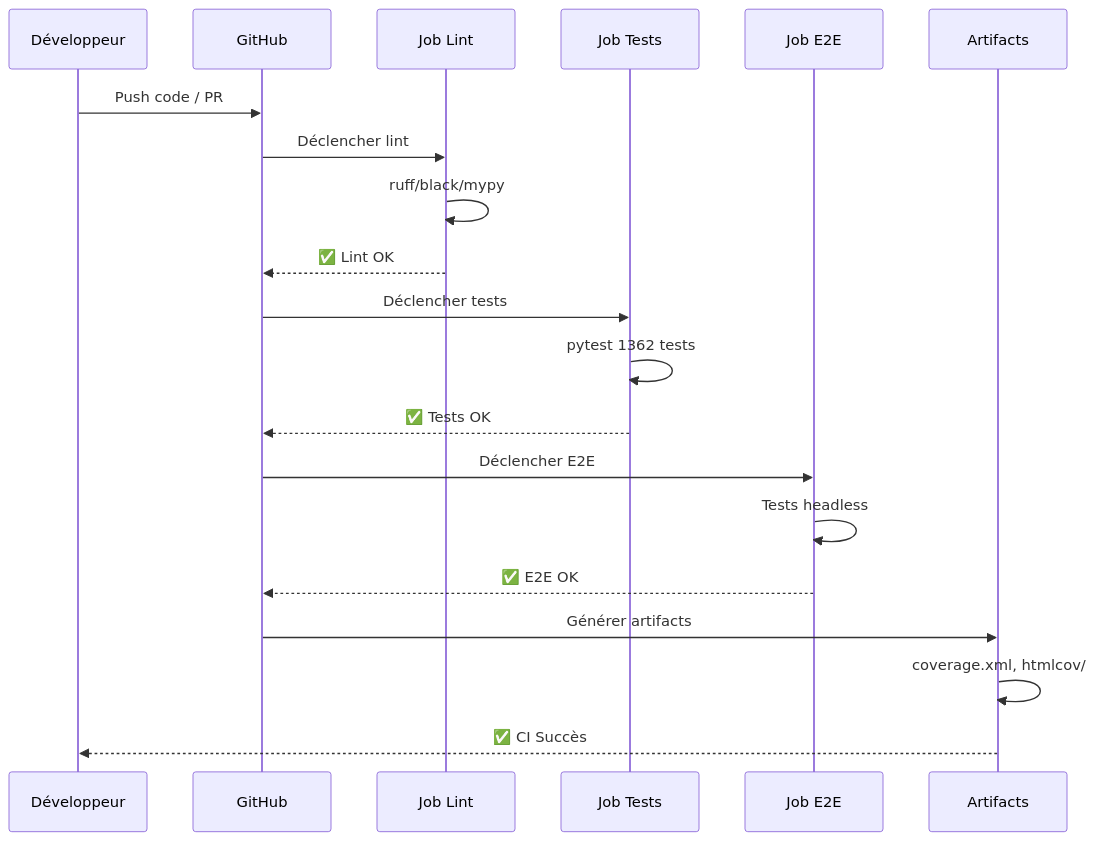
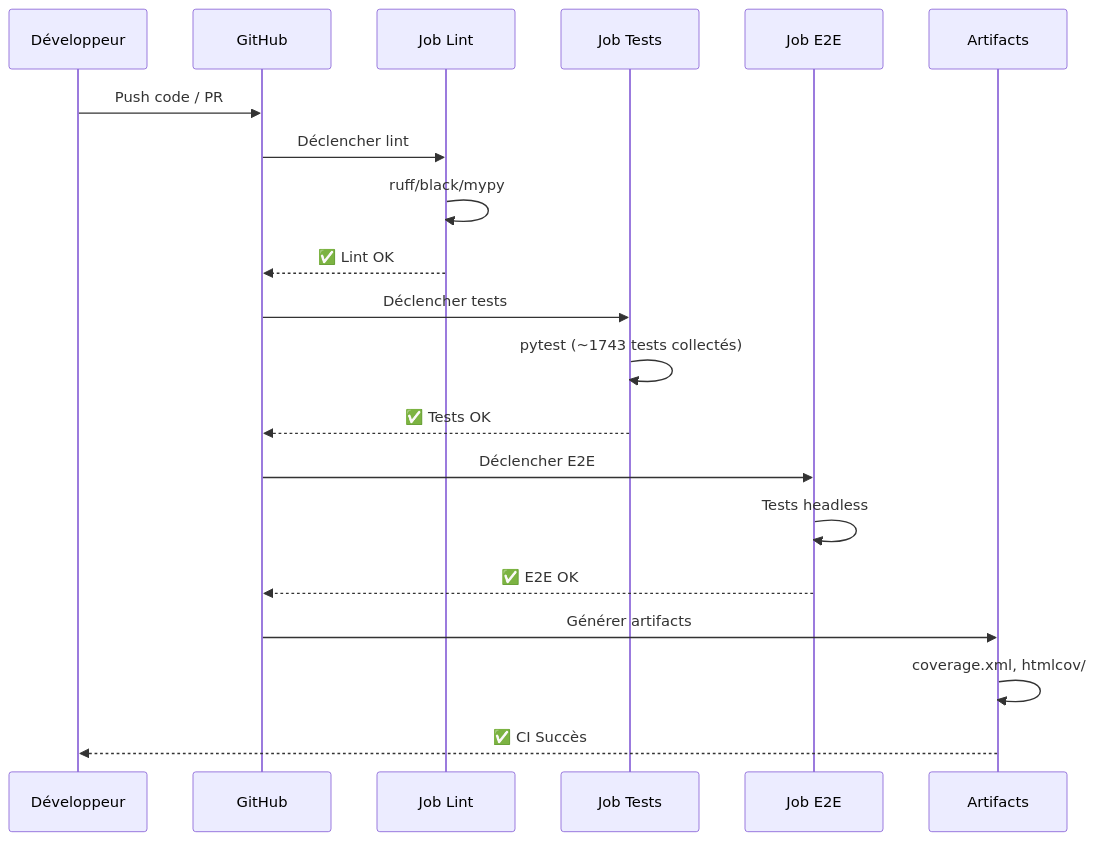
The second of 2 diagrams in docs/deployment/PIPELINE_CI.md (arkalia-luna-system/bbia-sim), drawn with Mermaid before and after one commit. The commit also changed other lines of this file and 1 other file, not shown here.

````diff
--- a/docs/deployment/PIPELINE_CI.md
+++ b/docs/deployment/PIPELINE_CI.md
@@ -49,27 +49,27 @@
 ```mermaid 📊
 sequenceDiagram
     participant Dev as Développeur
     participant GitHub as GitHub
     participant Lint as Job Lint
     participant Tests as Job Tests
     participant E2E as Job E2E
     participant Artifacts as Artifacts
     
     Dev->>GitHub: Push code / PR
     GitHub->>Lint: Déclencher lint
     Lint->>Lint: ruff/black/mypy
     Lint-->>GitHub: ✅ Lint OK
     
     GitHub->>Tests: Déclencher tests
-    Tests->>Tests: pytest 1362 tests
+    Tests->>Tests: pytest (~1743 tests collectés)
     Tests-->>GitHub: ✅ Tests OK
     
     GitHub->>E2E: Déclencher E2E
     E2E->>E2E: Tests headless
     E2E-->>GitHub: ✅ E2E OK
     
     GitHub->>Artifacts: Générer artifacts
     Artifacts->>Artifacts: coverage.xml, htmlcov/
     Artifacts-->>Dev: ✅ CI Succès
 
 ```
````
